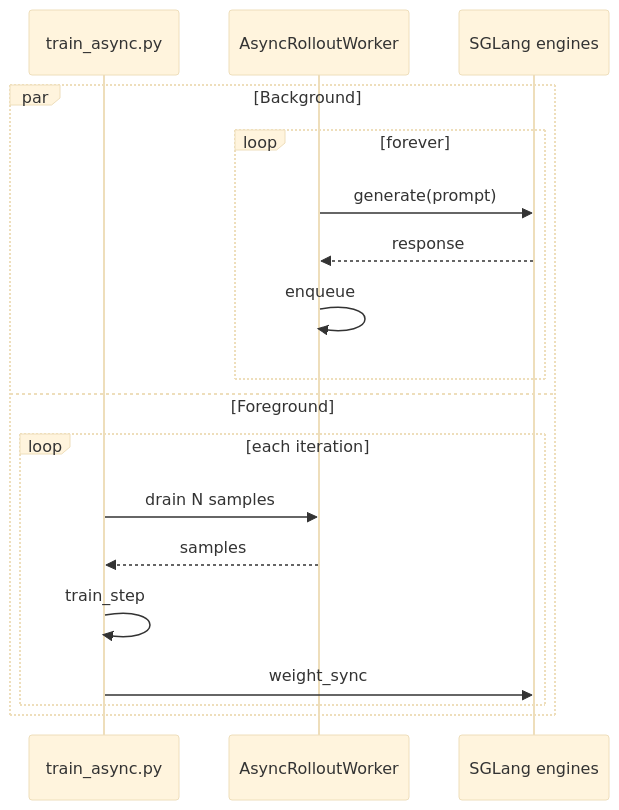
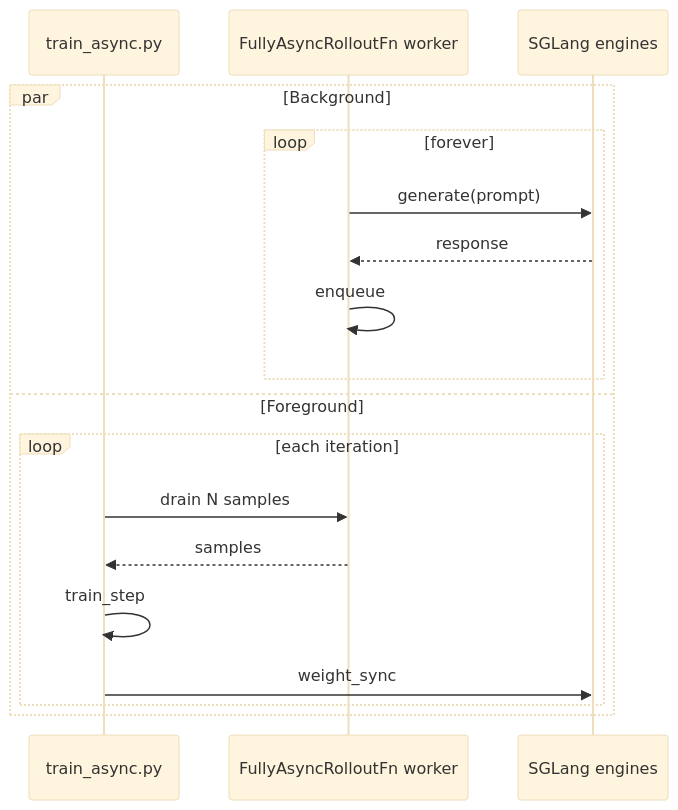
Before and after one commit to AndyDai-nv/miles: the diagram in docs/examples/fully-async.md, drawn with Mermaid (base theme). The commit also changed other lines of this file and 16 other files, not shown here.

Commit message:
Rewrite fully-async rollout as FullyAsyncRolloutFn on the class-based rollout API (#1717)

````diff
--- a/docs/examples/fully-async.md
+++ b/docs/examples/fully-async.md
@@ -122,21 +124,21 @@
 ```mermaid
 sequenceDiagram
     participant T as train_async.py
-    participant W as AsyncRolloutWorker
+    participant W as FullyAsyncRolloutFn worker
     participant S as SGLang engines
 
     par Background
         loop forever
             W->>S: generate(prompt)
             S-->>W: response
             W->>W: enqueue
         end
     and Foreground
         loop each iteration
             T->>W: drain N samples
             W-->>T: samples
             T->>T: train_step
             T->>S: weight_sync
         end
     end
 ```
````
